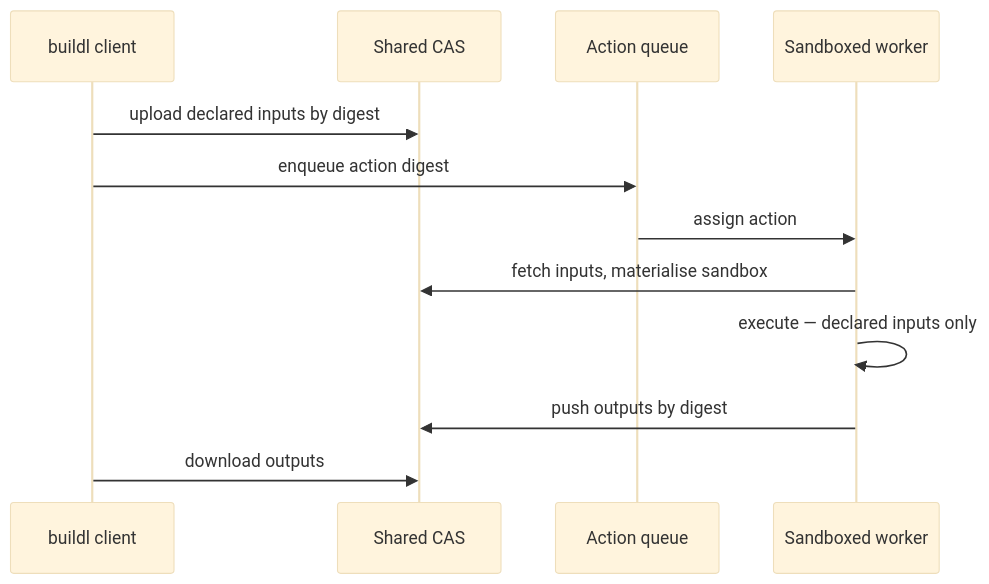
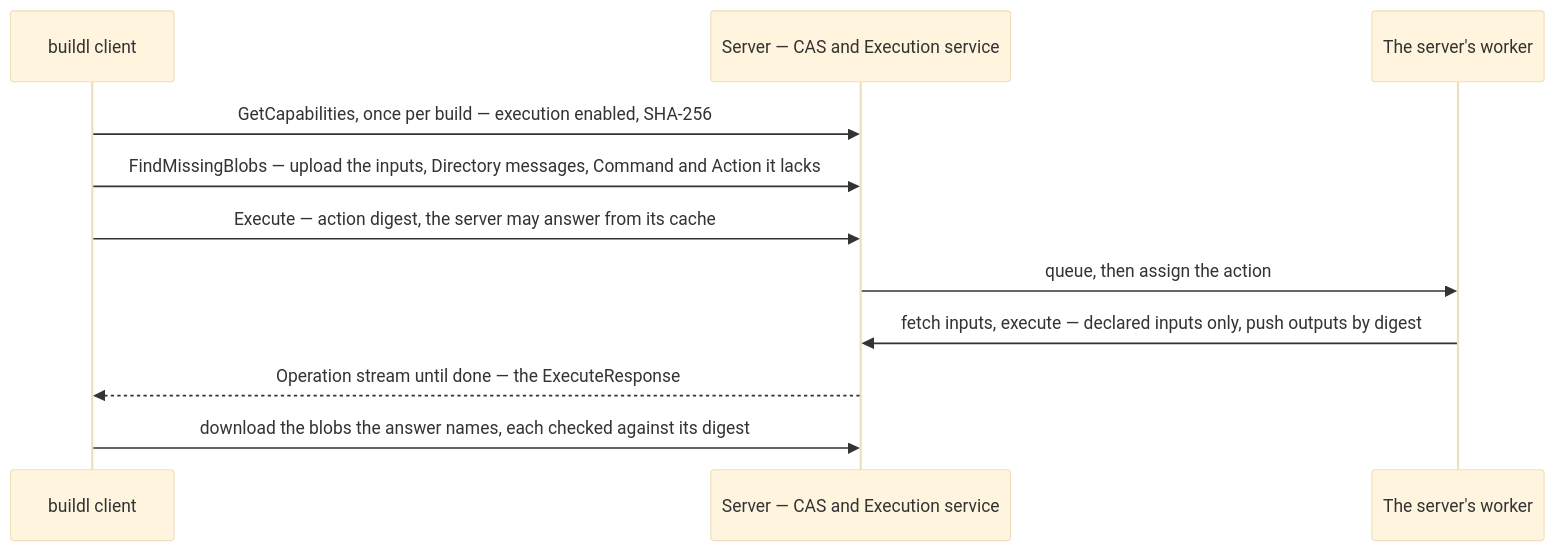
Diagram 13 of 14 in docs/design.md (airsstack/buildl), drawn with Mermaid (base theme) before and after one commit. The commit also changed other lines of this file and 101 other files, not shown here.

````diff
--- a/docs/design.md
+++ b/docs/design.md
@@ -846,15 +890,14 @@
 ```mermaid
 %% Remote execution flow
 sequenceDiagram
     participant B as buildl client
-    participant CAS as Shared CAS
-    participant Q as Action queue
-    participant W as Sandboxed worker
-    B->>CAS: upload declared inputs by digest
-    B->>Q: enqueue action digest
-    Q->>W: assign action
-    W->>CAS: fetch inputs, materialise sandbox
-    W->>W: execute — declared inputs only
-    W->>CAS: push outputs by digest
-    B->>CAS: download outputs
+    participant S as Server — CAS and Execution service
+    participant W as The server's worker
+    B->>S: GetCapabilities, once per build — execution enabled, SHA-256
+    B->>S: FindMissingBlobs — upload the inputs, Directory messages, Command and Action it lacks
+    B->>S: Execute — action digest, the server may answer from its cache
+    S->>W: queue, then assign the action
+    W->>S: fetch inputs, execute — declared inputs only, push outputs by digest
+    S-->>B: Operation stream until done — the ExecuteResponse
+    B->>S: download the blobs the answer names, each checked against its digest
 ```
````
